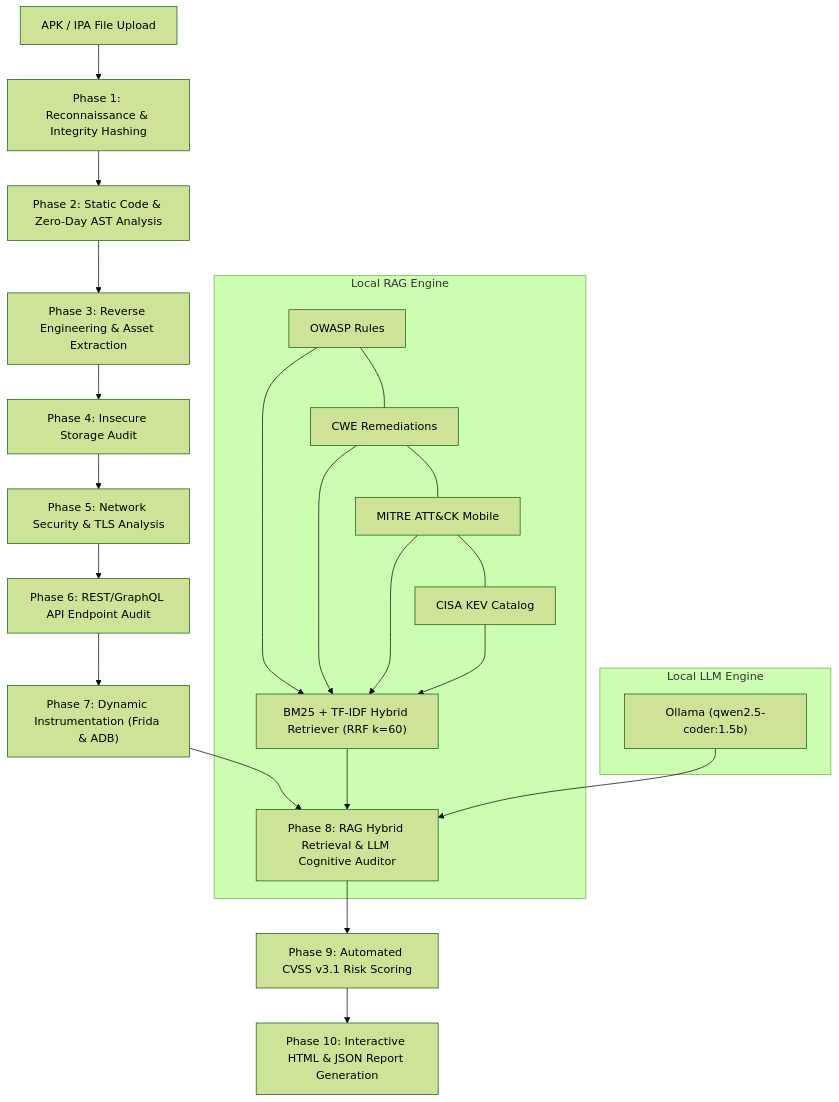
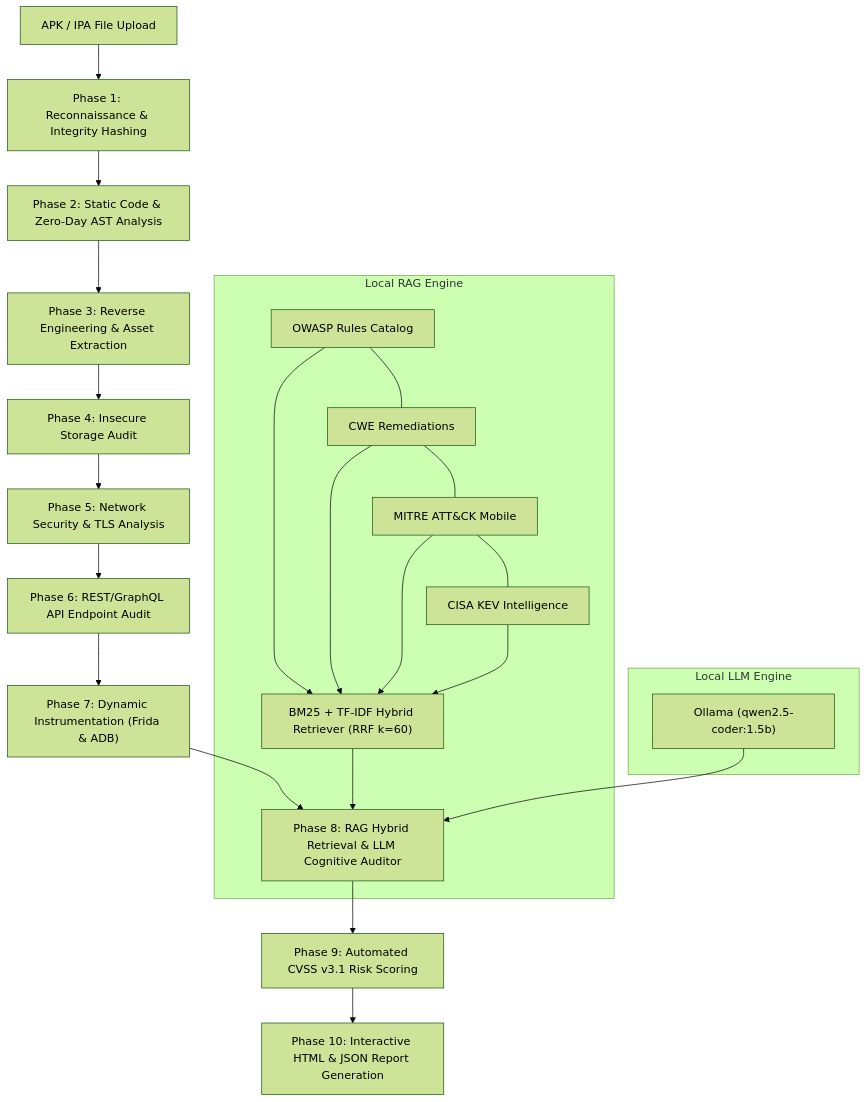
Before and after one commit to MrWhiiteHat/LLM-Powered-Autonomous-Mobile-Application-Security-Penetration-Testing-Platform: the diagram in README.md, drawn with Mermaid (forest theme). The commit also changed other lines of this file, not shown here.

````diff
--- a/README.md
+++ b/README.md
@@ -48,25 +50,25 @@
 ```mermaid
 flowchart TD
     A["APK / IPA File Upload"] --> B["Phase 1: Reconnaissance & Integrity Hashing"]
     B --> C["Phase 2: Static Code & Zero-Day AST Analysis"]
     C --> D["Phase 3: Reverse Engineering & Asset Extraction"]
     D --> E["Phase 4: Insecure Storage Audit"]
     E --> F["Phase 5: Network Security & TLS Analysis"]
     F --> G["Phase 6: REST/GraphQL API Endpoint Audit"]
     G --> H["Phase 7: Dynamic Instrumentation (Frida & ADB)"]
     H --> I["Phase 8: RAG Hybrid Retrieval & LLM Cognitive Auditor"]
     I --> J["Phase 9: Automated CVSS v3.1 Risk Scoring"]
     J --> K["Phase 10: Interactive HTML & JSON Report Generation"]
     
     subgraph Local RAG Engine
-        L["OWASP Rules"] --- M["CWE Remediations"]
+        L["OWASP Rules Catalog"] --- M["CWE Remediations"]
         M --- N["MITRE ATT&CK Mobile"]
-        N --- O["CISA KEV Catalog"]
+        N --- O["CISA KEV Intelligence"]
         L & M & N & O --> P["BM25 + TF-IDF Hybrid Retriever (RRF k=60)"]
         P --> I
     end
 
     subgraph Local LLM Engine
         Q["Ollama (qwen2.5-coder:1.5b)"] --> I
     end
 ```
````
